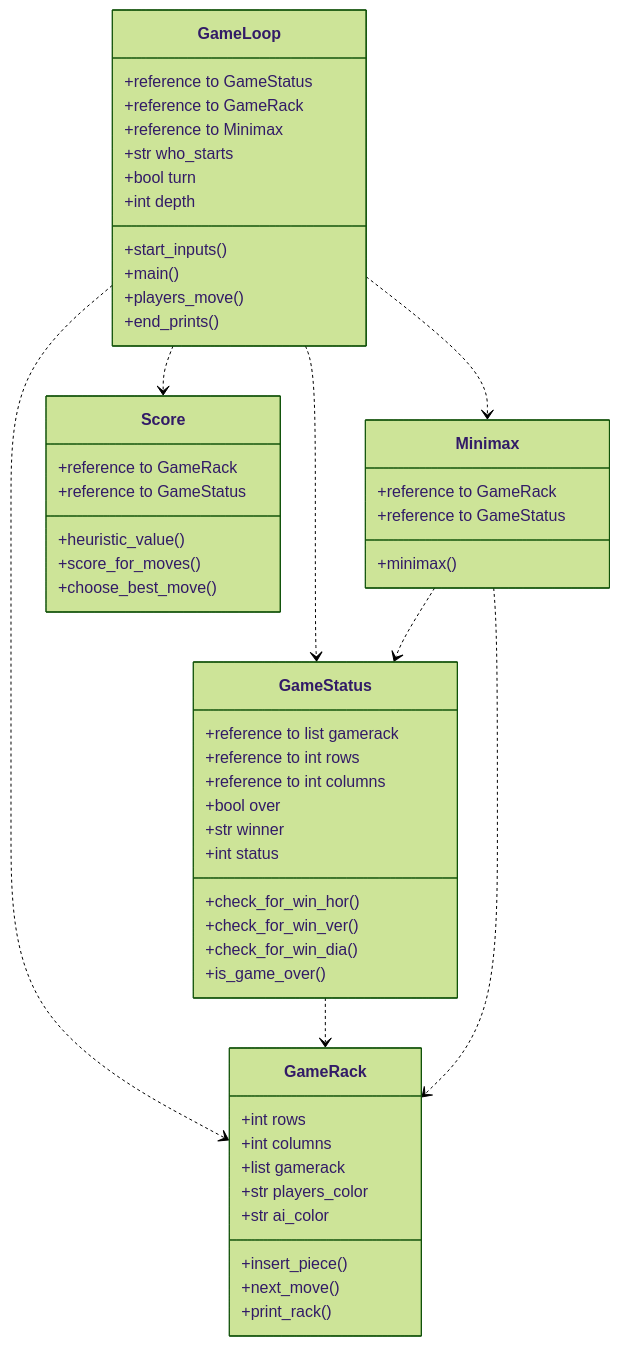
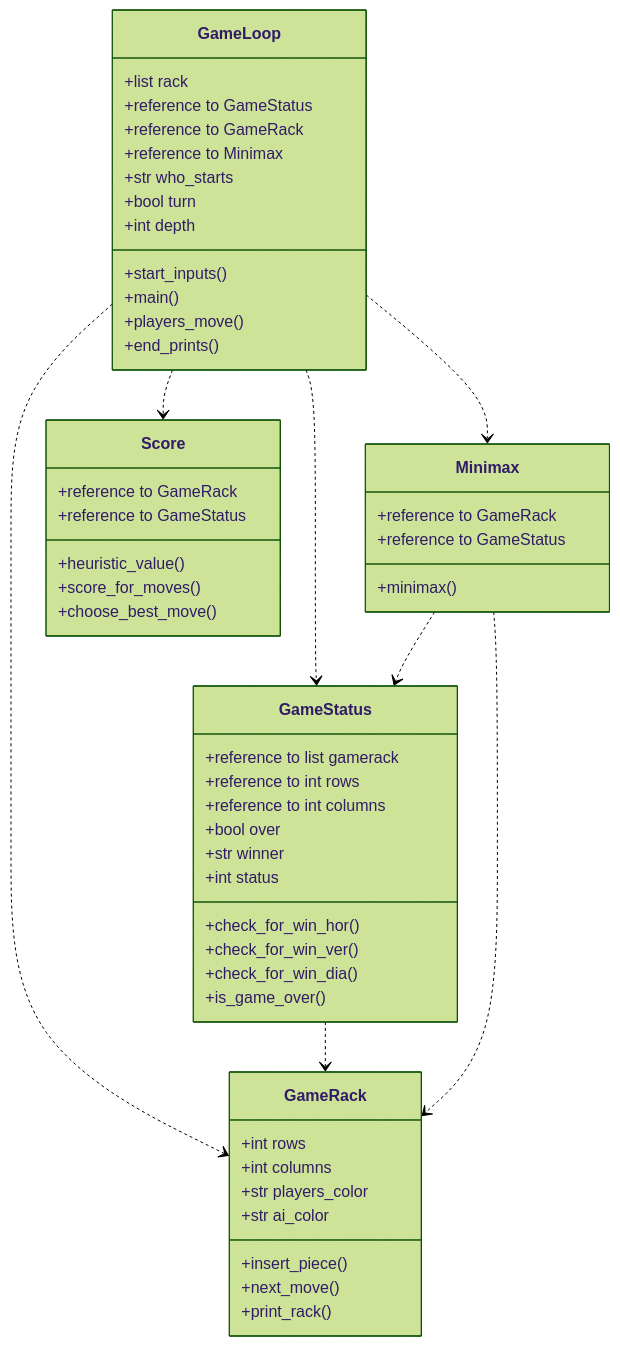
Before and after one commit to lottapispa/Connect-Four-tiralabra: the diagram in documentation/implementation.md, drawn with Mermaid (forest theme). The commit also changed other lines of this file, not shown here.

````diff
--- a/documentation/implementation.md
+++ b/documentation/implementation.md
@@ -4,56 +4,56 @@
 ```mermaid
 classDiagram
     GameLoop ..> GameStatus
     GameLoop ..> GameRack
     GameLoop ..> Minimax
     GameLoop ..> Score
     GameStatus ..> GameRack
     Minimax ..> GameStatus
     Minimax ..> GameRack
     class GameLoop{
+        +list rack
         +reference to GameStatus
         +reference to GameRack
         +reference to Minimax
         +str who_starts
         +bool turn
         +int depth
         +start_inputs()
         +main()
         +players_move()
         +end_prints()
     }
     class GameStatus{
         +reference to list gamerack
         +reference to int rows
         +reference to int columns
         +bool over
         +str winner
         +int status
         +check_for_win_hor()
         +check_for_win_ver()
         +check_for_win_dia()
         +is_game_over()
     }
     class GameRack{
         +int rows
         +int columns
-        +list gamerack
         +str players_color
         +str ai_color
         +insert_piece()
         +next_move()
         +print_rack()
     }
     class Minimax{
         +reference to GameRack
         +reference to GameStatus
         +minimax()
     }
     class Score{
         +reference to GameRack
         +reference to GameStatus
         +heuristic_value()
         +score_for_moves()
         +choose_best_move()
     }
 ```
````
